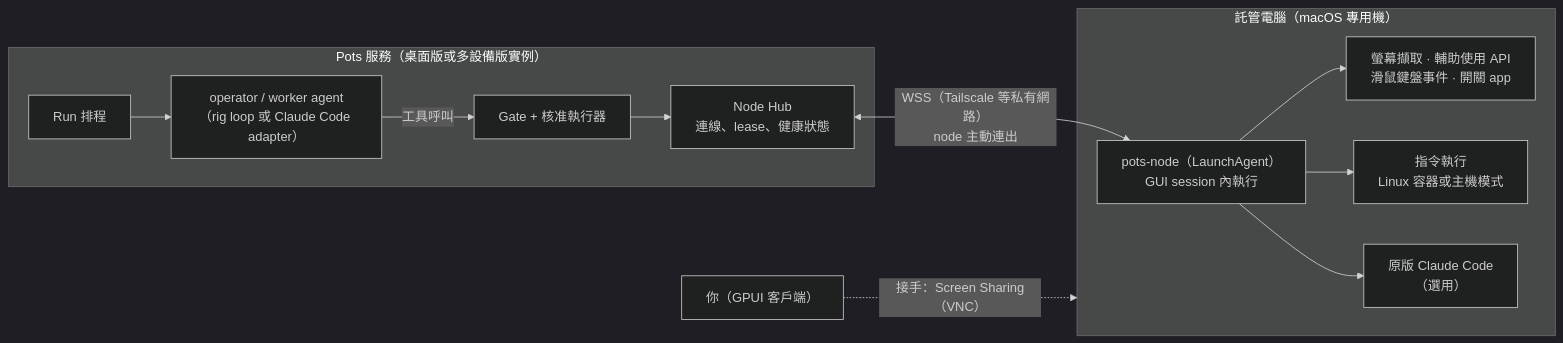
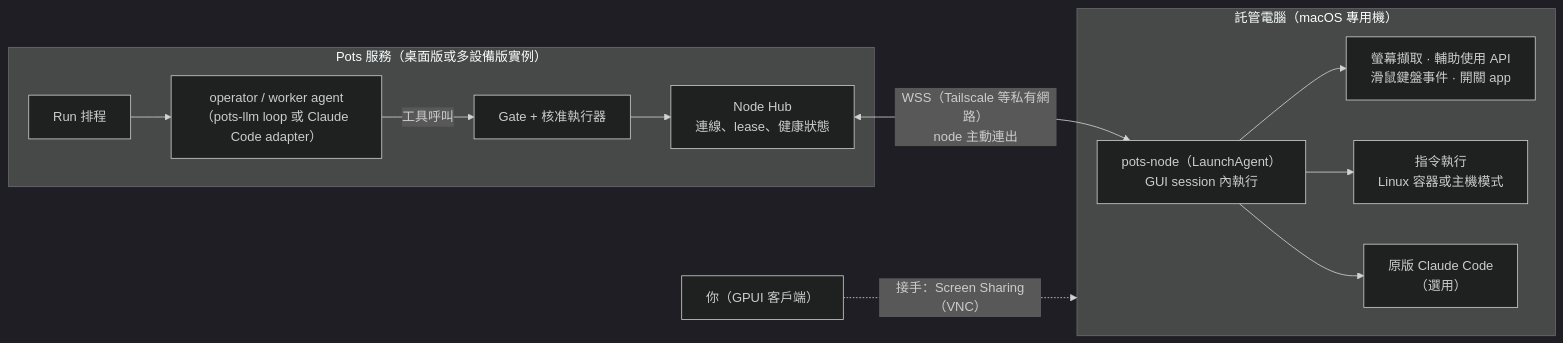
One commit to iceice666/pots changed the diagram in proposal/computer-nodes.md. Above: the diagram before and after it, drawn with Mermaid (dark theme). The commit also changed other lines of this file and 10 other files, not shown here.

````diff
--- a/proposal/computer-nodes.md
+++ b/proposal/computer-nodes.md
@@ -26,27 +26,27 @@
 ```mermaid
 flowchart LR
     subgraph pots["Pots 服務（桌面版或多設備版實例）"]
         sched["Run 排程"]
-        op["operator / worker agent<br/>（rig loop 或 Claude Code adapter）"]
+        op["operator / worker agent<br/>（pots-llm loop 或 Claude Code adapter）"]
         gate["Gate + 核准執行器"]
         hub["Node Hub<br/>連線、lease、健康狀態"]
     end
 
     subgraph node["託管電腦（macOS 專用機）"]
         daemon["pots-node（LaunchAgent）<br/>GUI session 內執行"]
         gui["螢幕擷取 · 輔助使用 API<br/>滑鼠鍵盤事件 · 開關 app"]
         exec["指令執行<br/>Linux 容器或主機模式"]
         cc["原版 Claude Code<br/>（選用）"]
     end
 
     human["你（GPUI 客戶端）"]
 
     sched --> op
     op -->|工具呼叫| gate
     gate --> hub
     hub <-->|"WSS（Tailscale 等私有網路）<br/>node 主動連出"| daemon
     daemon --> gui
     daemon --> exec
     daemon --> cc
     human -.->|"接手：Screen Sharing（VNC）"| node
 ```
````
